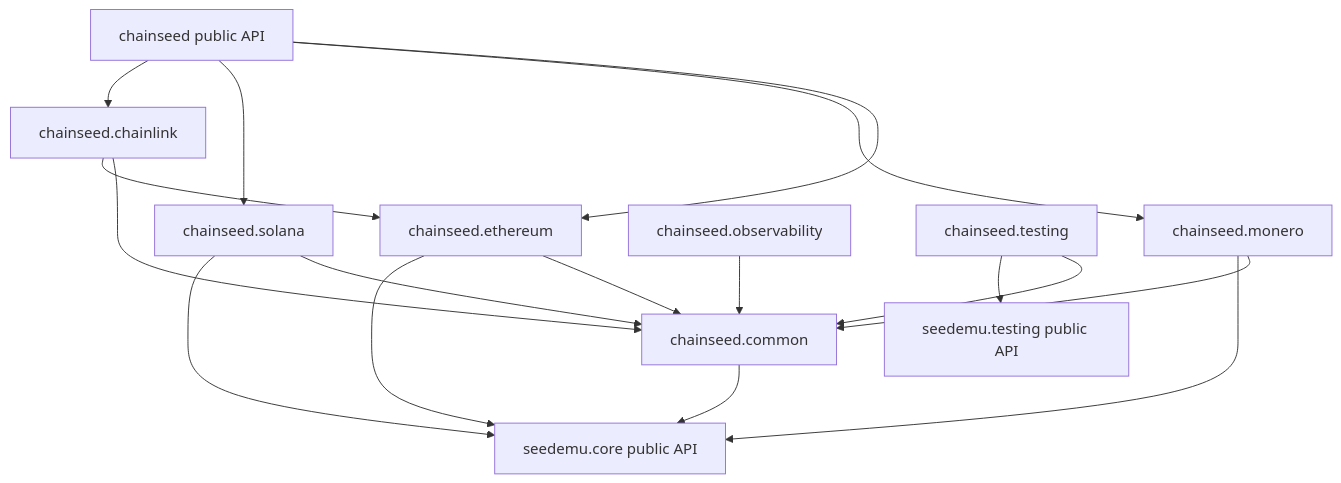
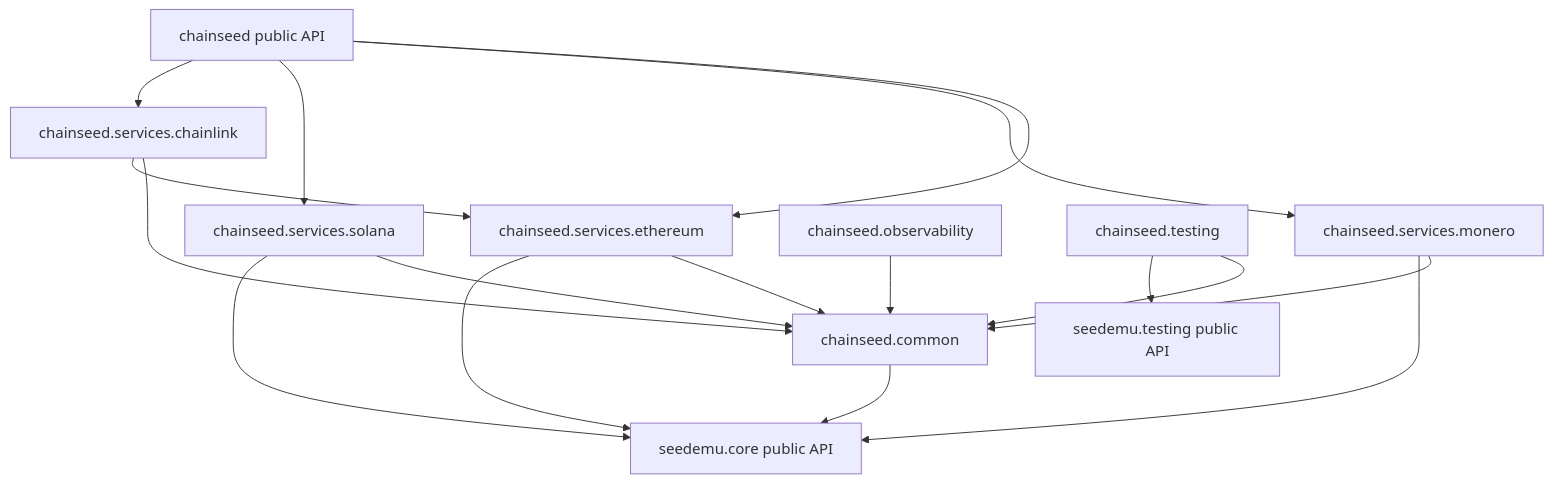
The second of 5 diagrams in docs/design/architecture.md (seed-labs/chain-seed), drawn with Mermaid before and after one commit. The commit also changed other lines of this file and 368 other files, not shown here.

````diff
--- a/docs/design/architecture.md
+++ b/docs/design/architecture.md
@@ -151,30 +152,30 @@
 ```mermaid
 flowchart TD
     Public["chainseed public API"]
     Common["chainseed.common"]
-    Ethereum["chainseed.ethereum"]
-    Monero["chainseed.monero"]
-    Solana["chainseed.solana"]
-    Chainlink["chainseed.chainlink"]
+    Ethereum["chainseed.services.ethereum"]
+    Monero["chainseed.services.monero"]
+    Solana["chainseed.services.solana"]
+    Chainlink["chainseed.services.chainlink"]
     Observability["chainseed.observability"]
     Testing["chainseed.testing"]
     SeedCore["seedemu.core public API"]
     SeedRuntime["seedemu.testing public API"]
 
     Public --> Ethereum
     Public --> Monero
     Public --> Solana
     Public --> Chainlink
     Ethereum --> Common
     Monero --> Common
     Solana --> Common
     Chainlink --> Common
     Chainlink --> Ethereum
     Observability --> Common
     Testing --> Common
     Testing --> SeedRuntime
     Common --> SeedCore
     Ethereum --> SeedCore
     Monero --> SeedCore
     Solana --> SeedCore
 ```
````
